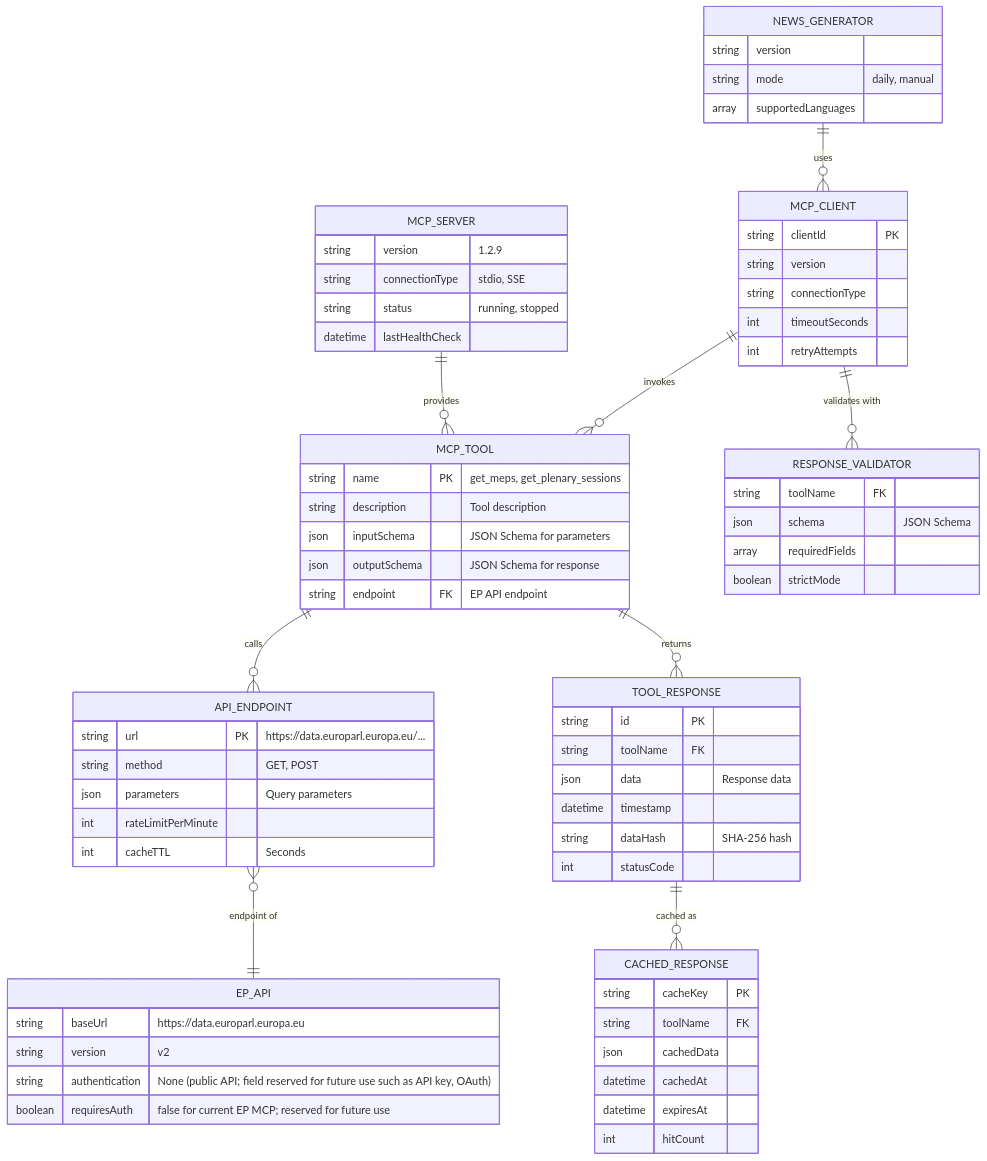
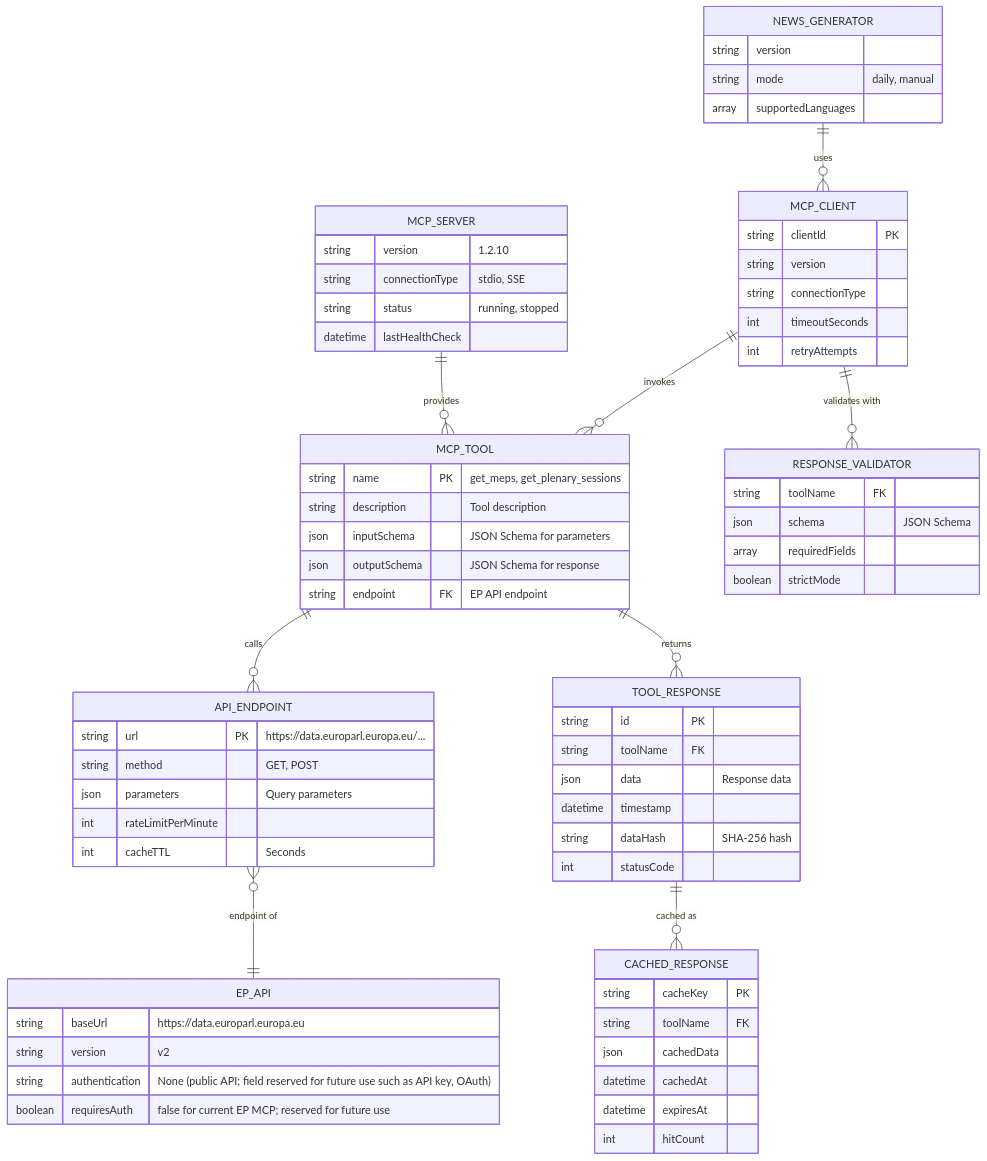
Before and after one commit to Hack23/euparliamentmonitor: the third of 9 diagrams in DATA_MODEL.md, drawn with Mermaid. The commit also changed 41 other files, not shown here.

````diff
--- a/DATA_MODEL.md
+++ b/DATA_MODEL.md
@@ -653,81 +653,81 @@
 ```mermaid
 erDiagram
     MCP_SERVER ||--o{ MCP_TOOL : "provides"
     MCP_TOOL ||--o{ API_ENDPOINT : "calls"
     API_ENDPOINT }o--|| EP_API : "endpoint of"
     MCP_TOOL ||--o{ TOOL_RESPONSE : "returns"
     TOOL_RESPONSE ||--o{ CACHED_RESPONSE : "cached as"
 
     NEWS_GENERATOR ||--o{ MCP_CLIENT : "uses"
     MCP_CLIENT ||--o{ MCP_TOOL : "invokes"
     MCP_CLIENT ||--o{ RESPONSE_VALIDATOR : "validates with"
 
     MCP_SERVER {
-        string version "1.2.9"
+        string version "1.2.10"
         string connectionType "stdio, SSE"
         string status "running, stopped"
         datetime lastHealthCheck
     }
 
     MCP_TOOL {
         string name PK "get_meps, get_plenary_sessions"
         string description "Tool description"
         json inputSchema "JSON Schema for parameters"
         json outputSchema "JSON Schema for response"
         string endpoint FK "EP API endpoint"
     }
 
     API_ENDPOINT {
         string url PK "https://data.europarl.europa.eu/..."
         string method "GET, POST"
         json parameters "Query parameters"
         int rateLimitPerMinute
         int cacheTTL "Seconds"
     }
 
     EP_API {
         string baseUrl "https://data.europarl.europa.eu"
         string version "v2"
         string authentication "None (public API; field reserved for future use such as API key, OAuth)"
         boolean requiresAuth "false for current EP MCP; reserved for future use"
     }
 
     TOOL_RESPONSE {
         string id PK
         string toolName FK
         json data "Response data"
         datetime timestamp
         string dataHash "SHA-256 hash"
         int statusCode
     }
 
     CACHED_RESPONSE {
         string cacheKey PK
         string toolName FK
         json cachedData
         datetime cachedAt
         datetime expiresAt
         int hitCount
     }
 
     MCP_CLIENT {
         string clientId PK
         string version
         string connectionType
         int timeoutSeconds
         int retryAttempts
     }
 
     RESPONSE_VALIDATOR {
         string toolName FK
         json schema "JSON Schema"
         array requiredFields
         boolean strictMode
     }
 
     NEWS_GENERATOR {
         string version
         string mode "daily, manual"
         array supportedLanguages
     }
 ```
````
